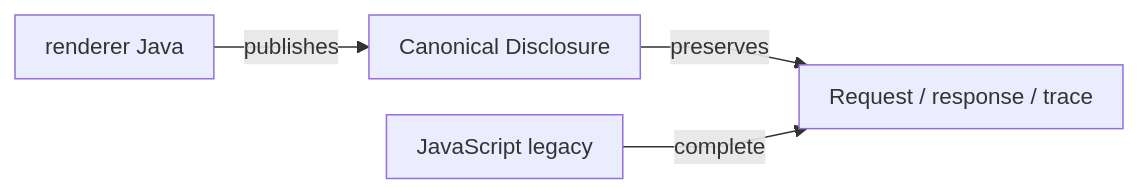
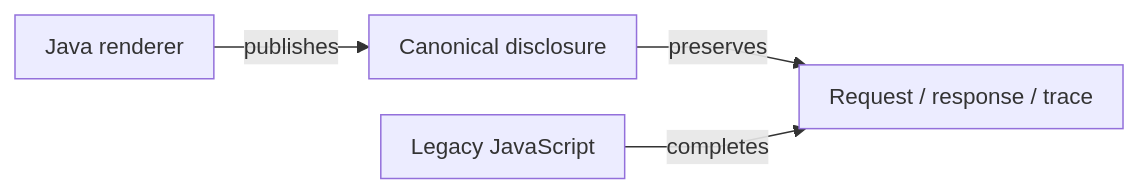
The ninth of 18 diagrams in atf-reporting/README.md (crististefanita/atf_j0), drawn with Mermaid before and after one commit. The commit also changed other lines of this file and 13 other files, not shown here.

````diff
--- a/atf-reporting/README.md
+++ b/atf-reporting/README.md
@@ -1152,7 +1066,7 @@
 ```mermaid
 %%{init: {"themeVariables":{"fontSize":"15px"},"themeCSS":".nodeLabel, .nodeLabel p { font-size: 15px !important; line-height: 1.35 !important; } .edgeLabel, .edgeLabel p { font-size: 12px !important; font-weight: 400 !important; line-height: 1.2 !important; } .edgeLabel .labelBkg, .edgeLabel p { background: transparent !important; } .edgeLabel foreignObject { transform: translateY(-18px); overflow: visible; } .node rect { rx: 6px; ry: 6px; }","flowchart":{"curve":"linear","nodeSpacing":24,"rankSpacing":40,"padding":10,"diagramPadding":16}}}%%
 flowchart LR
-    Java[renderer Java] -->|publishes| Canonical["Canonical Disclosure"]
+    Java[Java renderer] -->|publishes| Canonical["Canonical disclosure"]
     Canonical -->|preserves| Dom["Request / response / trace"]
-    Legacy[JavaScript legacy] -->|complete| Dom
+    Legacy[Legacy JavaScript] -->|completes| Dom
 ```
````
